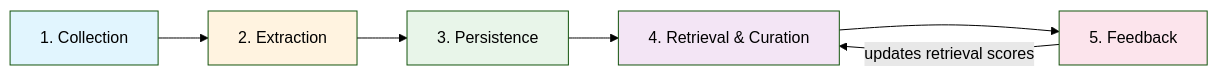
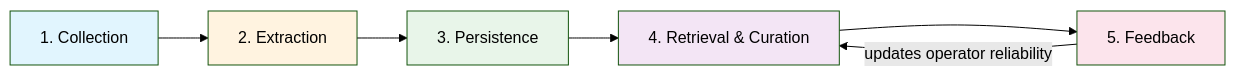
One commit to hbmartin/ratchet changed the second of 12 diagrams in ARCHITECTURE_OVERVIEW.md. Above: the diagram before and after it, drawn with Mermaid (forest theme). The commit also changed other lines of this file and 1 other file, not shown here.

````diff
--- a/ARCHITECTURE_OVERVIEW.md
+++ b/ARCHITECTURE_OVERVIEW.md
@@ -96,14 +99,14 @@
 ```mermaid
 flowchart LR
     A[1. Collection] --> B[2. Extraction]
     B --> C[3. Persistence]
     C --> D[4. Retrieval & Curation]
     D --> E[5. Feedback]
-    E -->|updates retrieval scores| D
+    E -->|updates operator reliability| D
 
     style A fill:#e1f5fe
     style B fill:#fff3e0
     style C fill:#e8f5e9
     style D fill:#f3e5f5
     style E fill:#fce4ec
 ```
````
